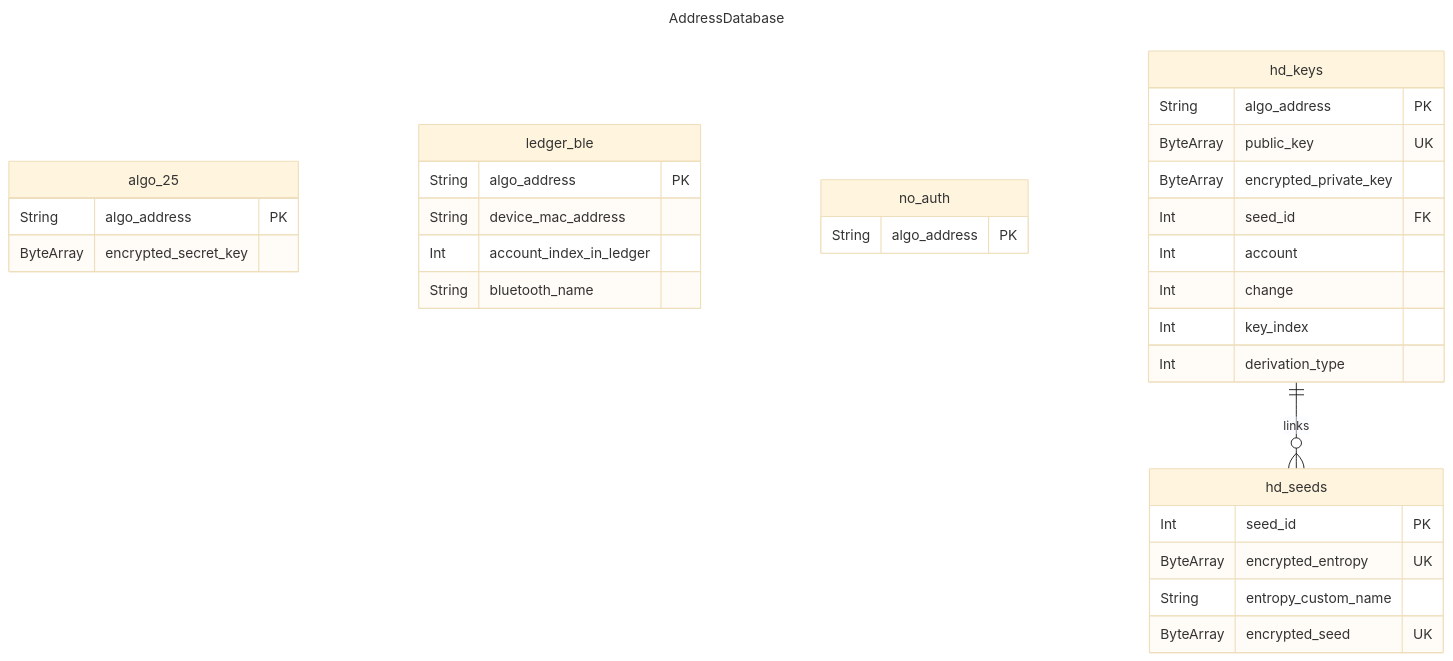
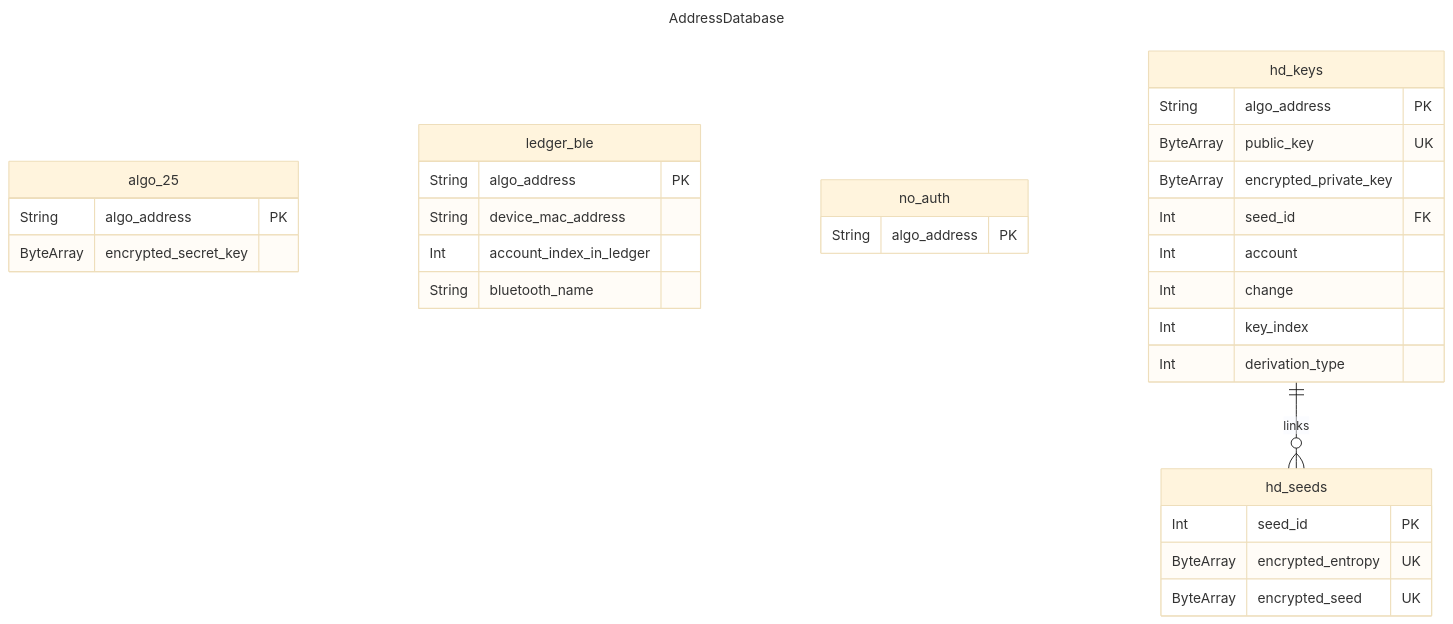
The fourth of 5 diagrams in ARCHITECTURE.md (xarmian/pera-android), drawn with Mermaid (base theme) before and after one commit. The commit also changed other lines of this file and 185 other files, not shown here.

````diff
--- a/ARCHITECTURE.md
+++ b/ARCHITECTURE.md
@@ -174,36 +174,35 @@
 ```mermaid
 ---
 title: AddressDatabase
 ---
 erDiagram
     algo_25 {
         String algo_address PK
         ByteArray encrypted_secret_key
     }
     ledger_ble {
         String algo_address PK
         String device_mac_address
         Int account_index_in_ledger
         String bluetooth_name
     }
     no_auth {
         String algo_address PK
     }
     hd_seeds {
         Int seed_id PK
         ByteArray encrypted_entropy UK
-        String entropy_custom_name
         ByteArray encrypted_seed UK
     }
     hd_keys {
         String algo_address PK
         ByteArray public_key UK
         ByteArray encrypted_private_key
         Int seed_id FK
         Int account
         Int change
         Int key_index
         Int derivation_type
     }
     hd_keys ||--o{ hd_seeds : links
 ```
````
